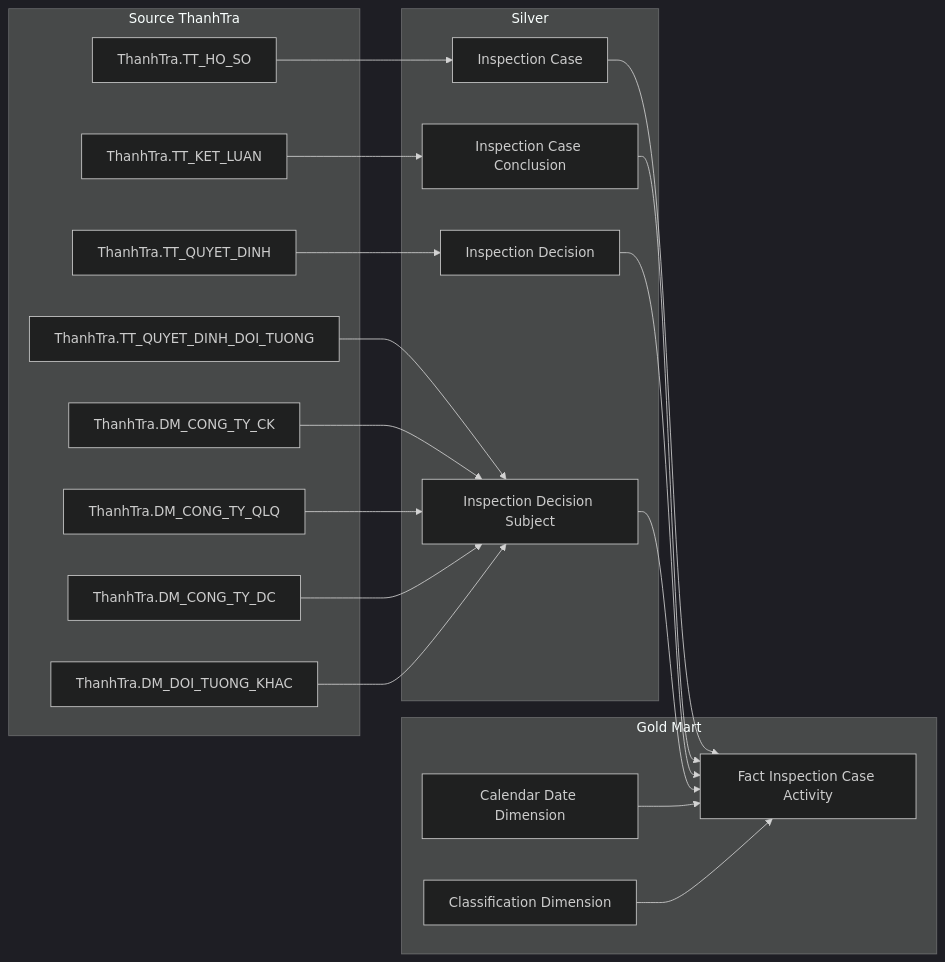
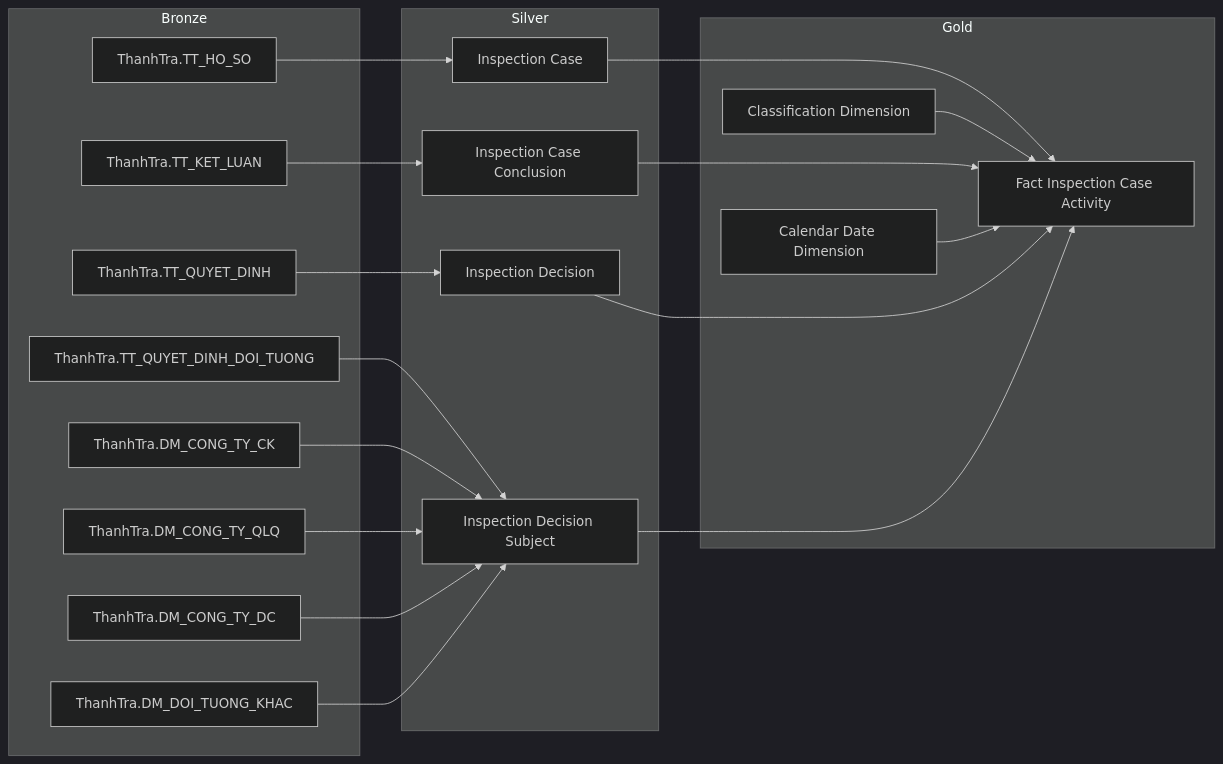
Before and after one commit to linhlvit/ubck_atomic_design: the first of 25 diagrams in Gold/hld/GOLD_TT_HLD.md, drawn with Mermaid (dark theme). The commit also changed other lines of this file and 3 other files, not shown here.

````diff
--- a/Gold/hld/GOLD_TT_HLD.md
+++ b/Gold/hld/GOLD_TT_HLD.md
@@ -20,43 +20,45 @@
 ```mermaid
 flowchart LR
-    subgraph SRC["Source ThanhTra"]
+    subgraph SRC["Bronze"]
         S1["ThanhTra.TT_HO_SO"]
         S2["ThanhTra.TT_KET_LUAN"]
         S3["ThanhTra.TT_QUYET_DINH"]
         S4["ThanhTra.TT_QUYET_DINH_DOI_TUONG"]
         S5["ThanhTra.DM_CONG_TY_CK"]
         S6["ThanhTra.DM_CONG_TY_QLQ"]
         S7["ThanhTra.DM_CONG_TY_DC"]
         S8["ThanhTra.DM_DOI_TUONG_KHAC"]
     end
 
     subgraph SIL["Silver"]
         SV1["Inspection Case"]
         SV2["Inspection Case Conclusion"]
         SV3["Inspection Decision"]
         SV4["Inspection Decision Subject"]
     end
 
-    subgraph GOLD["Gold Mart"]
+    subgraph GOLD["Gold"]
         G1["Fact Inspection Case Activity"]
         G2["Calendar Date Dimension"]
         G3["Classification Dimension"]
     end
 
     S1 --> SV1
     S2 --> SV2
     S3 --> SV3
     S4 --> SV4
     S5 --> SV4
     S6 --> SV4
     S7 --> SV4
     S8 --> SV4
 
+    SV3 ~~~ G2
+
     SV1 --> G1
     SV2 --> G1
     SV3 --> G1
     SV4 --> G1
 
     G2 --> G1
     G3 --> G1
 ```
````
